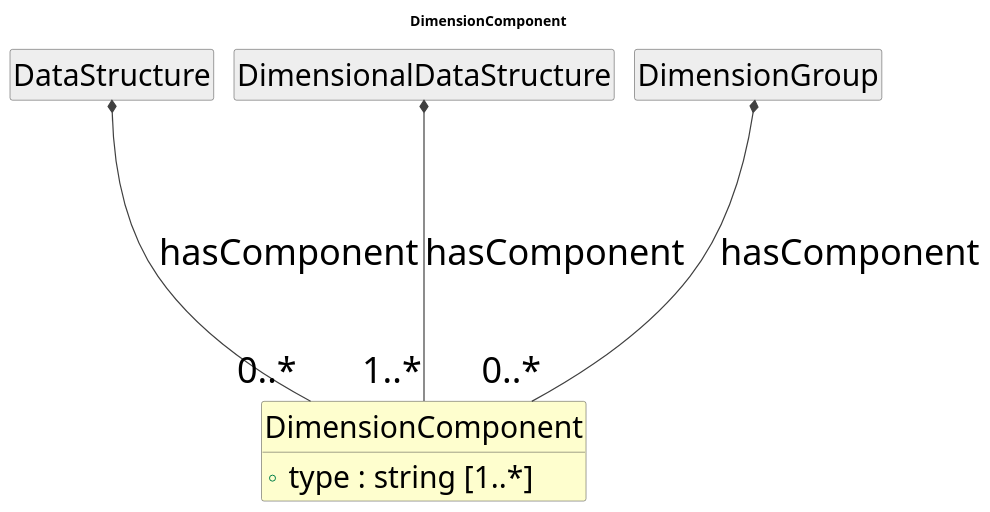
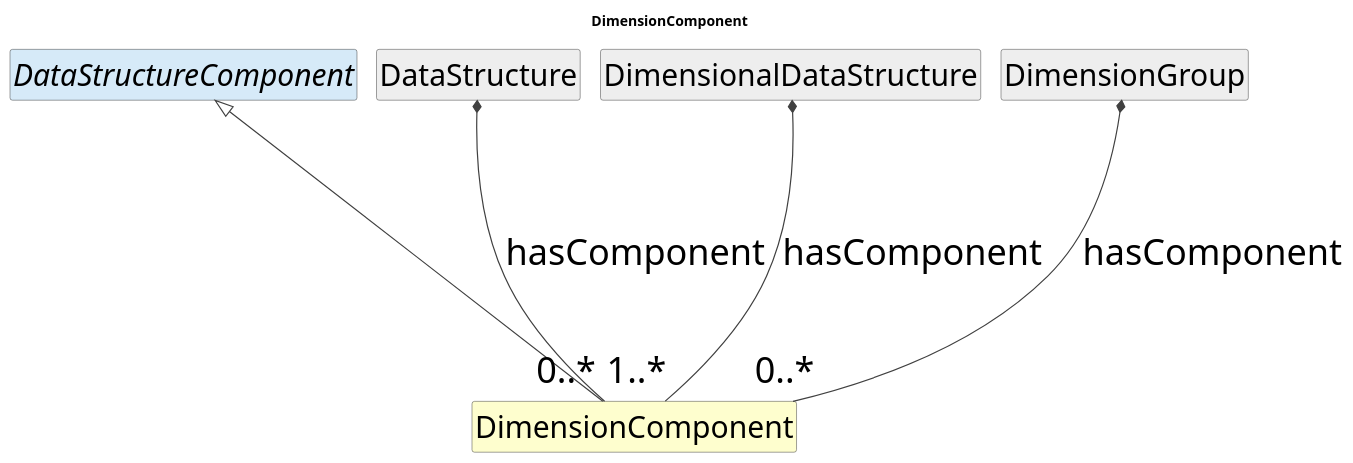
Before and after one commit to Cross-Domain-Interoperability-Framework/metadataBuildingBlocks: the diagram in cdif-uml-model/DiscoveryDataDescriptionStructure/Classes/DimensionComponent.pu, drawn with PlantUML. The commit also changed 500 other files, not shown here.

First line of the commit message:
Regenerate model browser for restored DataStructure content

```diff
--- a/cdif-uml-model/DiscoveryDataDescriptionStructure/Classes/DimensionComponent.pu
+++ b/cdif-uml-model/DiscoveryDataDescriptionStructure/Classes/DimensionComponent.pu
@@ -1,27 +1,27 @@
 @startuml
 title DimensionComponent
 hide circle
 hide empty members
 skinparam shadowing false
 skinparam ArrowThickness 1.2
 skinparam ranksep 250
 skinparam nodesep 20
 skinparam defaultFontSize 36
 skinparam class {
   ArrowColor #404040
   BorderColor #404040
   FontSize 36
   AttributeFontSize 30
 }
 
-class "DimensionComponent" as DimensionComponent #FEFECE {
-  +type : string [1..*]
-}
+class "DimensionComponent" as DimensionComponent #FEFECE
+abstract class "DataStructureComponent" as DataStructureComponent #D6EAF8
+DataStructureComponent <|-- DimensionComponent
 class "DataStructure" as DataStructure #EEEEEE
 DataStructure *-- "0..*" DimensionComponent : hasComponent
 class "DimensionalDataStructure" as DimensionalDataStructure #EEEEEE
 DimensionalDataStructure *-- "1..*" DimensionComponent : hasComponent
 class "DimensionGroup" as DimensionGroup #EEEEEE
 DimensionGroup *-- "0..*" DimensionComponent : hasComponent
 
 @enduml
```
